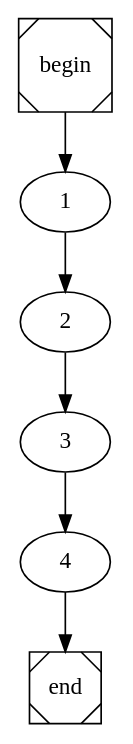
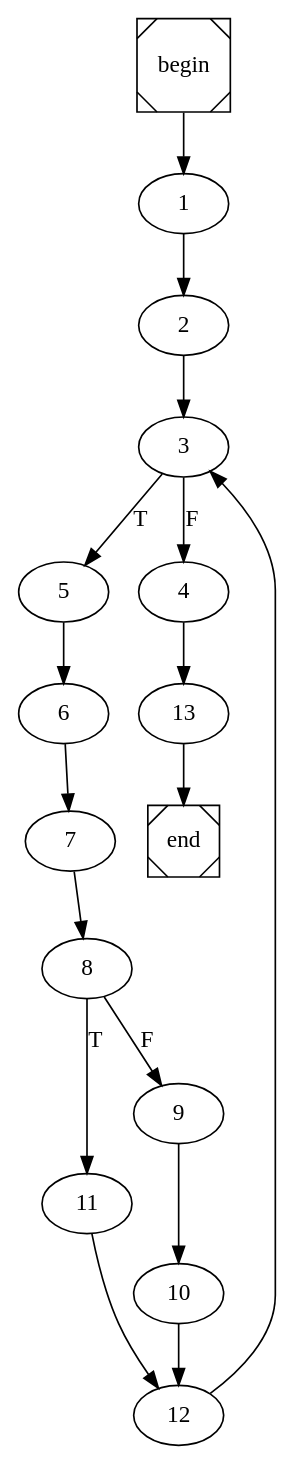
Before and after one commit to TiagooGomess/COMP2021-1B: the diagram in main.dot, drawn with Graphviz. The commit also changed 5 other files, not shown here.

```diff
--- a/main.dot
+++ b/main.dot
@@ -1,4 +1,4 @@
 digraph cfg {
 	begin [shape=Msquare];
 	end [shape=Msquare];
-	begin -> 1;	1 -> 2;	2 -> 3;	3 -> 4;	4 -> end;}
+	begin -> 1;	1 -> 2;	2 -> 3;	3 -> 5[label=T];	3 -> 4[label=F];	4 -> 13;	5 -> 6;	6 -> 7;	7 -> 8;	8 -> 11[label=T];	8 -> 9[label=F];	9 -> 10;	10 -> 12;	11 -> 12;	12 -> 3;	13 -> end;}
```
